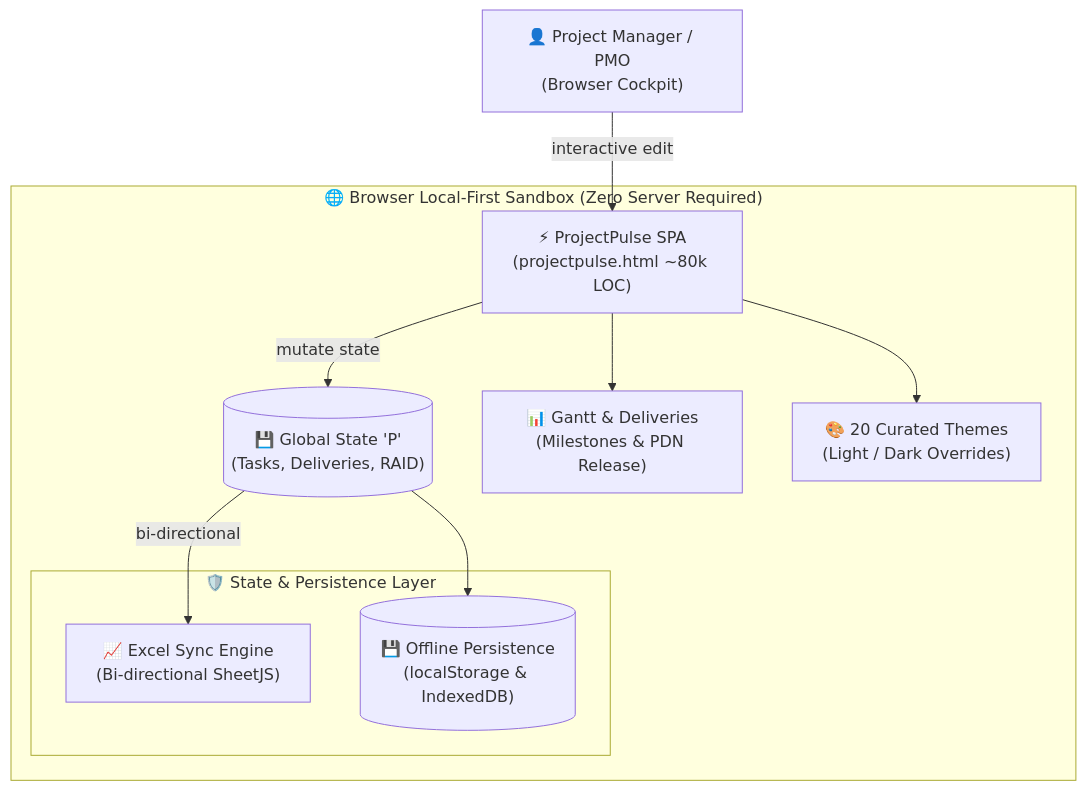
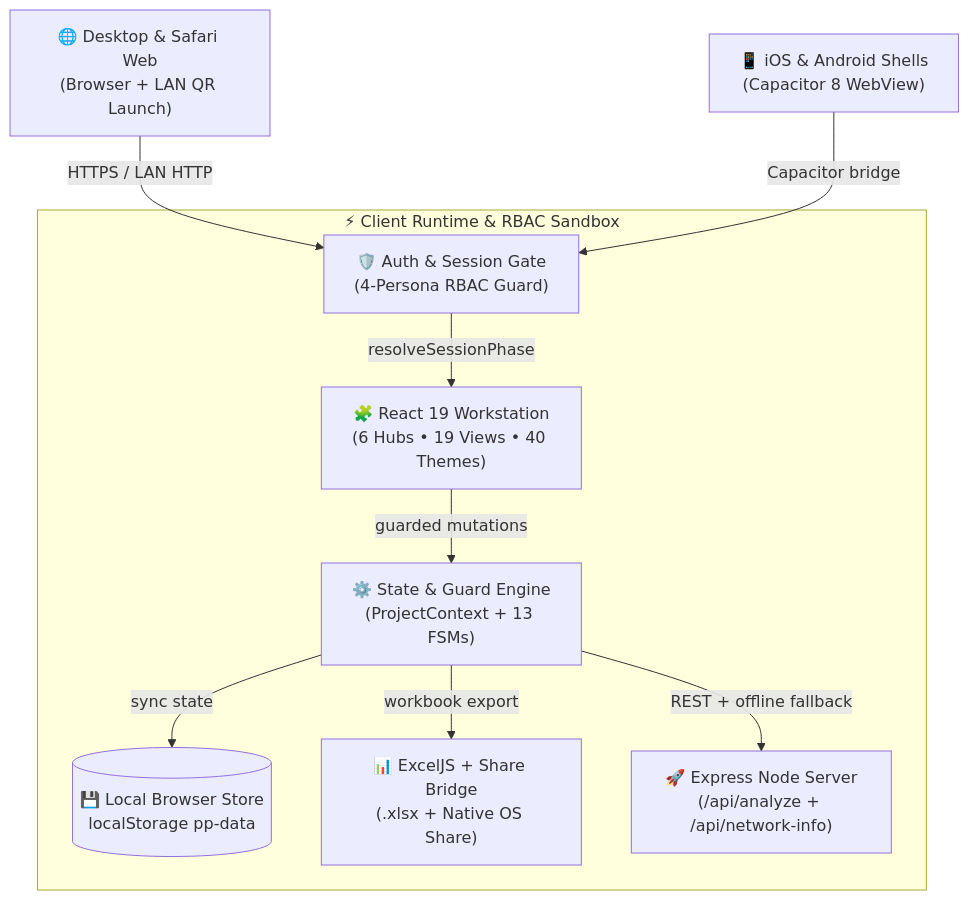
One commit to manvenpratap/ProjectPulse changed the first of 5 diagrams in wiki/Architecture-and-System-Design.md. Above: the diagram before and after it, drawn with Mermaid. The commit also changed other lines of this file and 23 other files, not shown here.

Commit message:
docs: add comprehensive product capability and specification manual, sync wiki and archify diagrams

````diff
--- a/wiki/Architecture-and-System-Design.md
+++ b/wiki/Architecture-and-System-Design.md
@@ -11,23 +11,22 @@
 ```mermaid
 flowchart TD
-    User["👤 Project Manager / PMO\n(Browser Cockpit)"]
-    
-    subgraph BrowserSandbox["🌐 Browser Local-First Sandbox (Zero Server Required)"]
-        SPA["⚡ ProjectPulse SPA\n(projectpulse.html ~80k LOC)"]
-        StateP[("💾 Global State 'P'\n(Tasks, Deliveries, RAID)")]
-        Gantt["📊 Gantt & Deliveries\n(Milestones & PDN Release)"]
-        Theme["🎨 20 Curated Themes\n(Light / Dark Overrides)"]
-        
-        subgraph Persistence["🛡️ State & Persistence Layer"]
-            Excel["📈 Excel Sync Engine\n(Bi-directional SheetJS)"]
-            LocalStore[("💾 Offline Persistence\n(localStorage & IndexedDB)")]
-        end
+    DesktopWeb["🌐 Desktop & Safari Web\n(Browser + LAN QR Launch)"]
+    NativeMobile["📱 iOS & Android Shells\n(Capacitor 8 WebView)"]
+
+    subgraph AppCore["⚡ Client Runtime & RBAC Sandbox"]
+        RBAC["🛡️ Auth & Session Gate\n(4-Persona RBAC Guard)"]
+        ReactUI["🧩 React 19 Workstation\n(6 Hubs • 19 Views • 40 Themes)"]
+        StateEngine["⚙️ State & Guard Engine\n(ProjectContext + 13 FSMs)"]
+        LocalDB[("💾 Local Browser Store\nlocalStorage pp-data")]
+        ExcelIO["📊 ExcelJS + Share Bridge\n(.xlsx + Native OS Share)"]
+        ExpressAPI["🚀 Express Node Server\n(/api/analyze + /api/network-info)"]
     end
 
-    User -->|"interactive edit"| SPA
-    SPA --> Gantt
-    SPA -->|"mutate state"| StateP
-    SPA --> Theme
-    StateP -->|"bi-directional"| Excel
-    StateP --> LocalStore
+    DesktopWeb -->|"HTTPS / LAN HTTP"| RBAC
+    NativeMobile -->|"Capacitor bridge"| RBAC
+    RBAC -->|"resolveSessionPhase"| ReactUI
+    ReactUI -->|"guarded mutations"| StateEngine
+    StateEngine -->|"sync state"| LocalDB
+    StateEngine -->|"workbook export"| ExcelIO
+    StateEngine -->|"REST + offline fallback"| ExpressAPI
 ```
````
